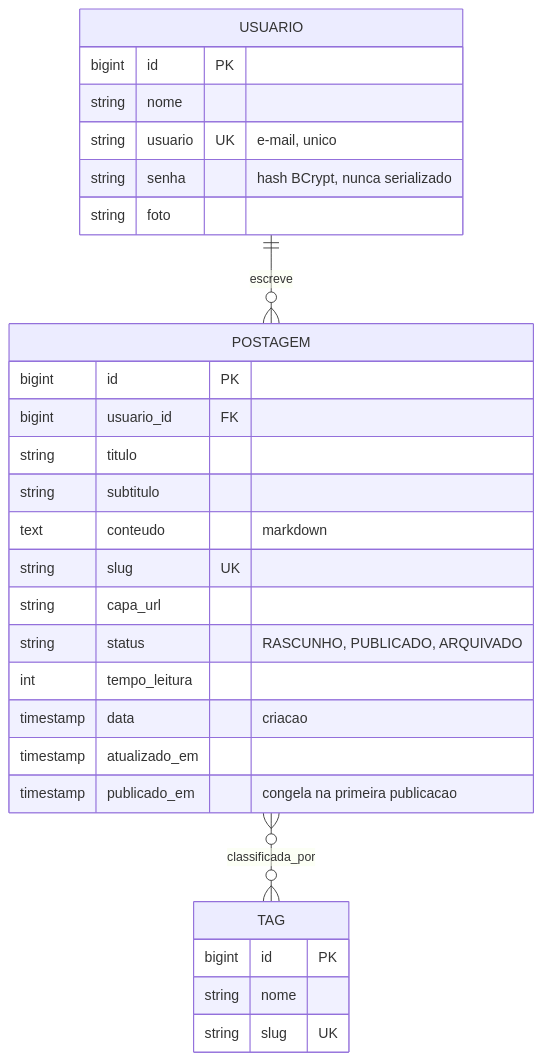
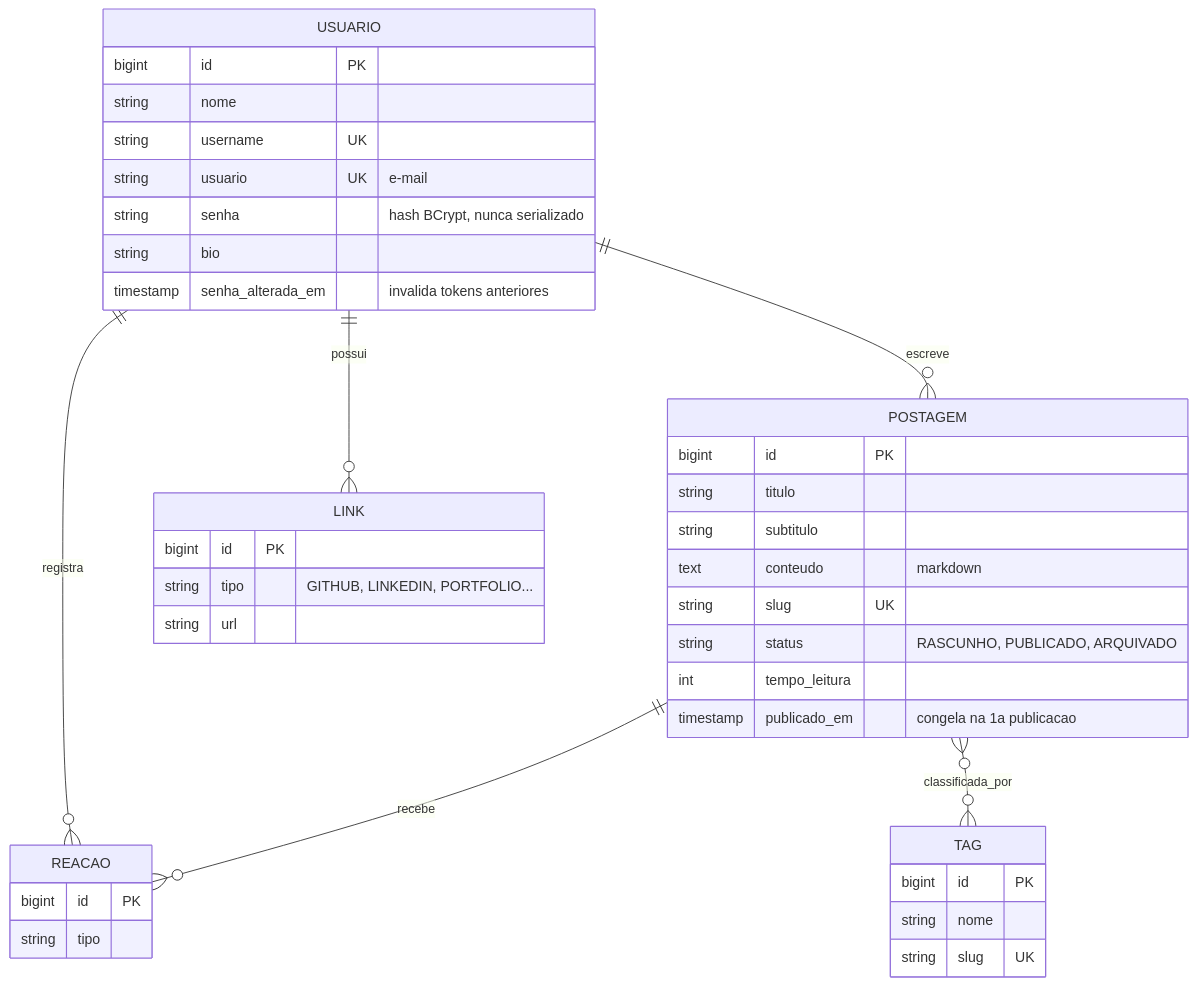
One commit to bruna-dsmendes/blog-pessoal changed the diagram in README.md. Above: the diagram before and after it, drawn with Mermaid. The commit also changed other lines of this file, not shown here.

````diff
--- a/README.md
+++ b/README.md
@@ -30,32 +35,42 @@
 ```mermaid
 erDiagram
     USUARIO ||--o{ POSTAGEM : escreve
+    USUARIO ||--o{ LINK : possui
+    USUARIO ||--o{ REACAO : registra
+    POSTAGEM ||--o{ REACAO : recebe
     POSTAGEM }o--o{ TAG : classificada_por
 
     USUARIO {
         bigint id PK
         string nome
-        string usuario UK "e-mail, unico"
+        string username UK
+        string usuario UK "e-mail"
         string senha "hash BCrypt, nunca serializado"
-        string foto
+        string bio
+        timestamp senha_alterada_em "invalida tokens anteriores"
     }
     POSTAGEM {
         bigint id PK
-        bigint usuario_id FK
         string titulo
         string subtitulo
         text conteudo "markdown"
         string slug UK
-        string capa_url
         string status "RASCUNHO, PUBLICADO, ARQUIVADO"
         int tempo_leitura
-        timestamp data "criacao"
-        timestamp atualizado_em
-        timestamp publicado_em "congela na primeira publicacao"
+        timestamp publicado_em "congela na 1a publicacao"
     }
     TAG {
         bigint id PK
         string nome
         string slug UK
     }
+    LINK {
+        bigint id PK
+        string tipo "GITHUB, LINKEDIN, PORTFOLIO..."
+        string url
+    }
+    REACAO {
+        bigint id PK
+        string tipo
+    }
 ```
````
